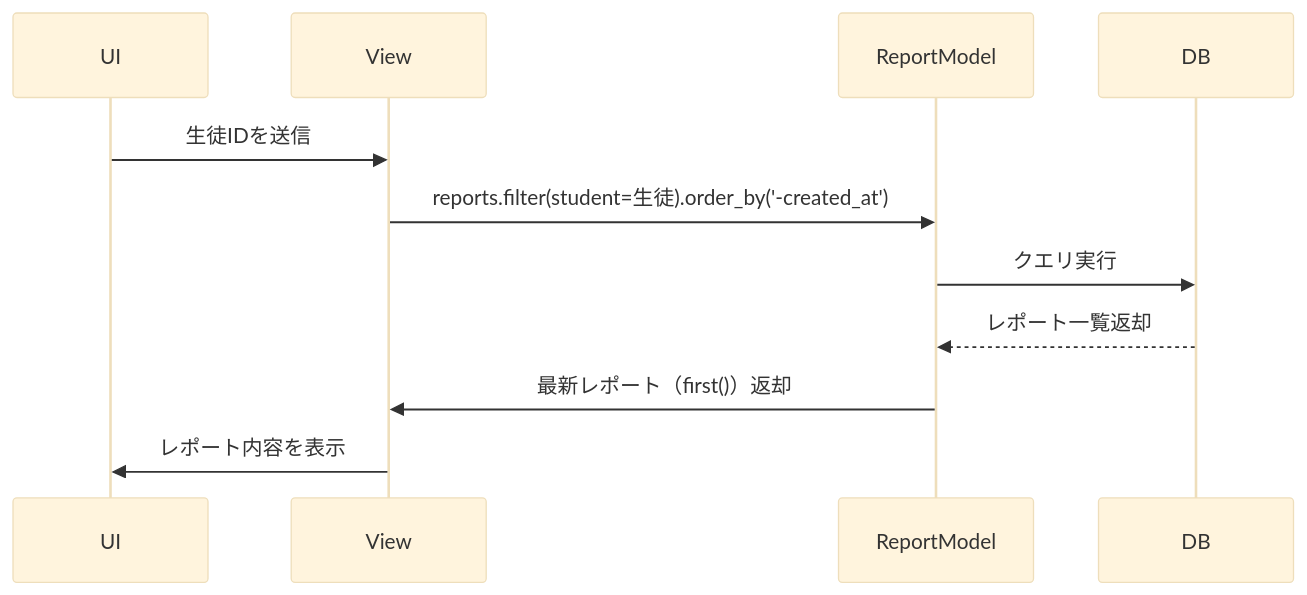
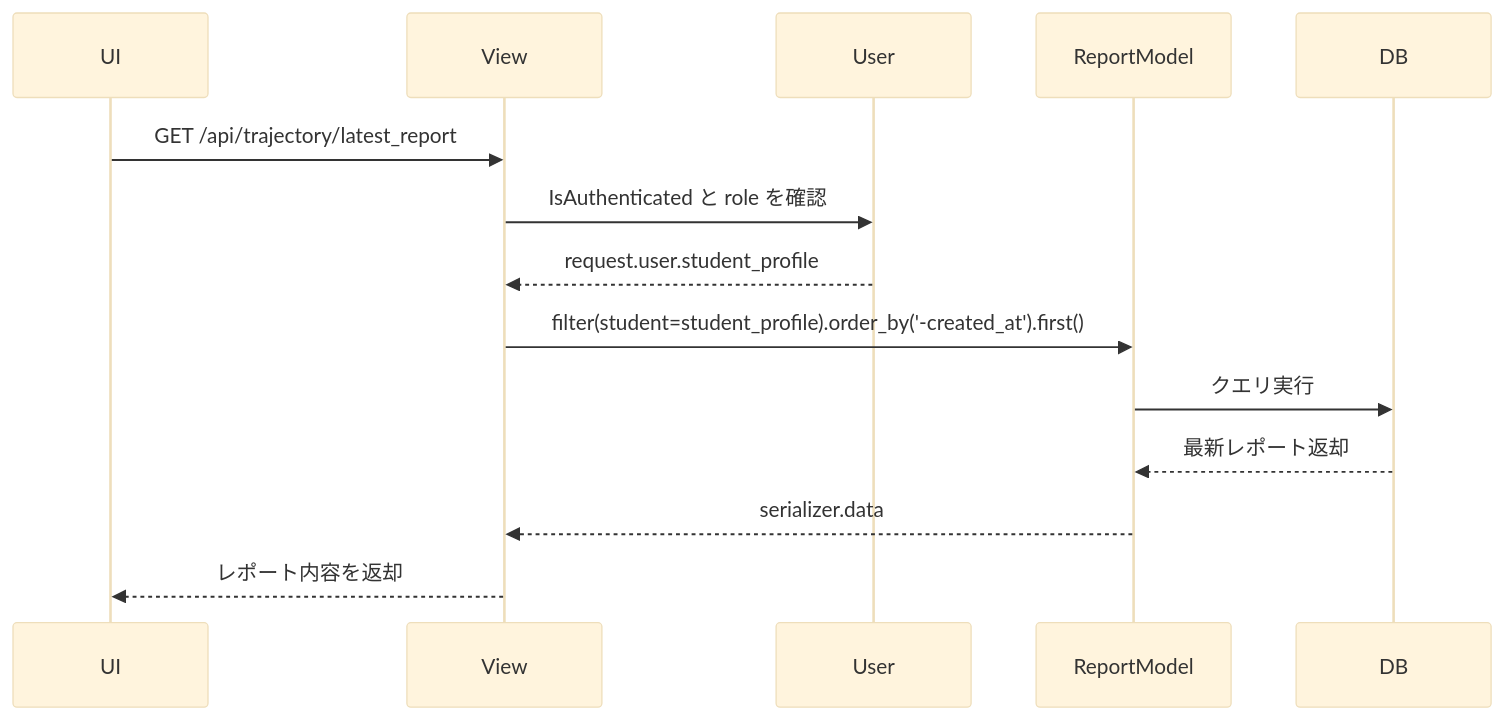
Before and after one commit to Saaka-y/korup: the diagram in docs/trajectory/sequence.md, drawn with Mermaid (base theme). The commit also changed other lines of this file and 9 other files, not shown here.

````diff
--- a/docs/trajectory/sequence.md
+++ b/docs/trajectory/sequence.md
@@ -5,14 +5,17 @@
 ```mermaid
 sequenceDiagram
     participant UI
     participant View
+    participant User
     participant ReportModel
     participant DB
 
-    UI->>View: 生徒IDを送信
-    View->>ReportModel: reports.filter(student=生徒).order_by('-created_at')
+    UI->>View: GET /api/trajectory/latest_report
+    View->>User: IsAuthenticated と role を確認
+    User-->>View: request.user.student_profile
+    View->>ReportModel: filter(student=student_profile).order_by('-created_at').first()
     ReportModel->>DB: クエリ実行
-    DB-->>ReportModel: レポート一覧返却
-    ReportModel->>View: 最新レポート（first()）返却
-    View->>UI: レポート内容を表示
+    DB-->>ReportModel: 最新レポート返却
+    ReportModel-->>View: serializer.data
+    View-->>UI: レポート内容を返却
 ```
````
